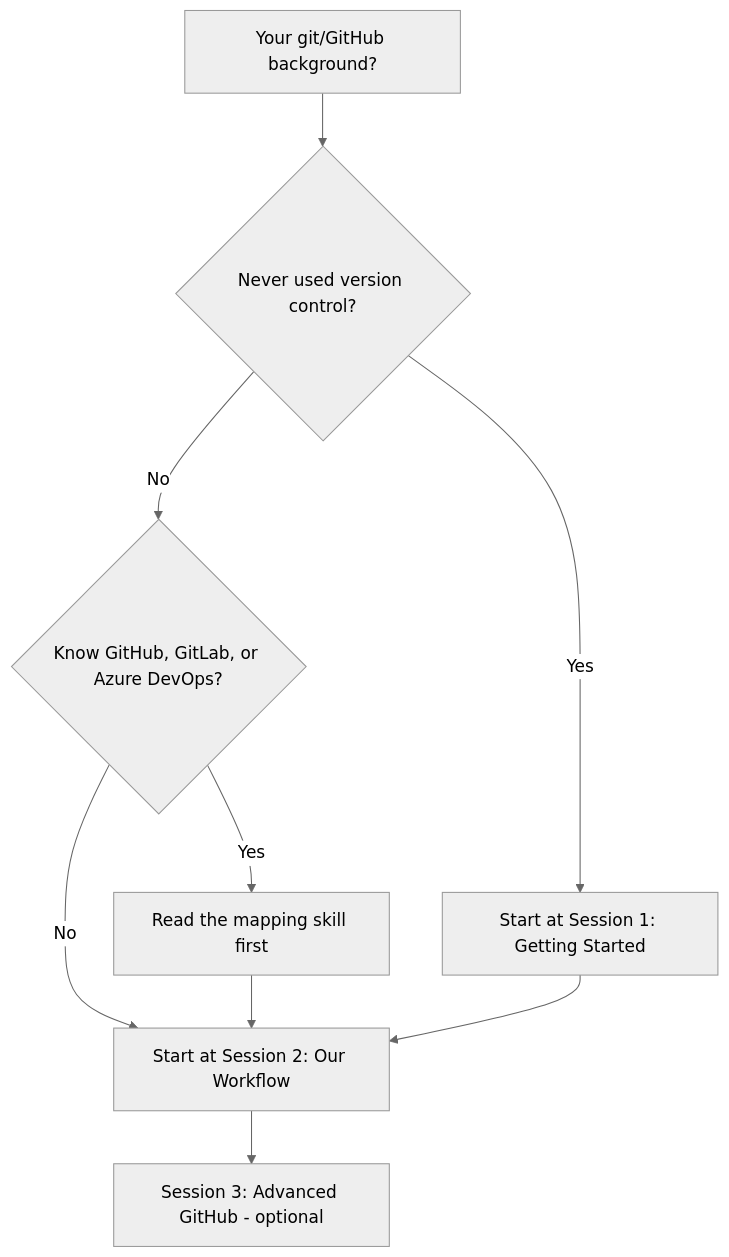
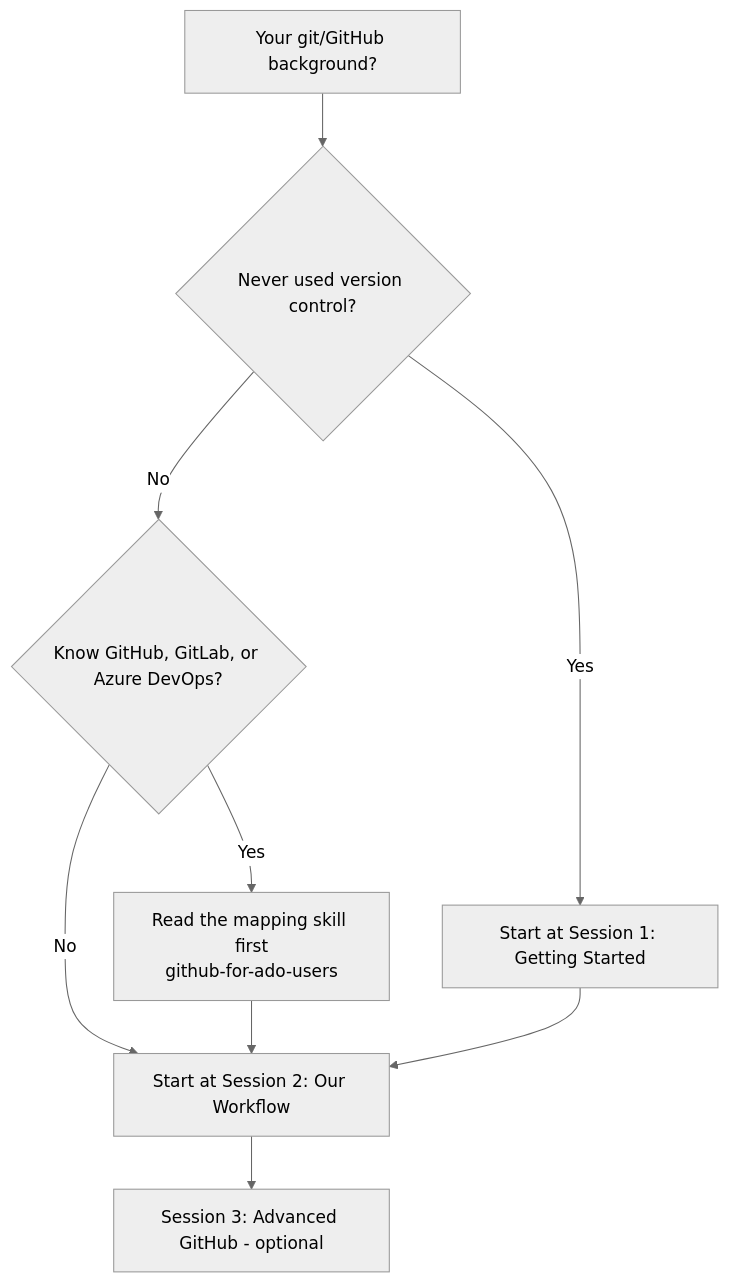
One commit to JeanKadang/DOC-GitHub-Practice-Skills changed the first of 2 diagrams in education/README.md. Above: the diagram before and after it, drawn with Mermaid (neutral theme). The commit also changed 7 other files, not shown here.

````diff
--- a/education/README.md
+++ b/education/README.md
@@ -17,11 +17,11 @@
 ```mermaid
 flowchart TD
     Start[Your git/GitHub background?] --> Q1{Never used version control?}
     Q1 -- Yes --> S1[Start at Session 1: Getting Started]
     Q1 -- No --> Q2{Know GitHub, GitLab, or Azure DevOps?}
-    Q2 -- Yes --> Pre[Read the mapping skill first]
+    Q2 -- Yes --> Pre[Read the mapping skill first<br/>github-for-ado-users]
     Q2 -- No --> S2[Start at Session 2: Our Workflow]
     Pre --> S2
     S1 --> S2
     S2 --> S3[Session 3: Advanced GitHub - optional]
 ```
````
